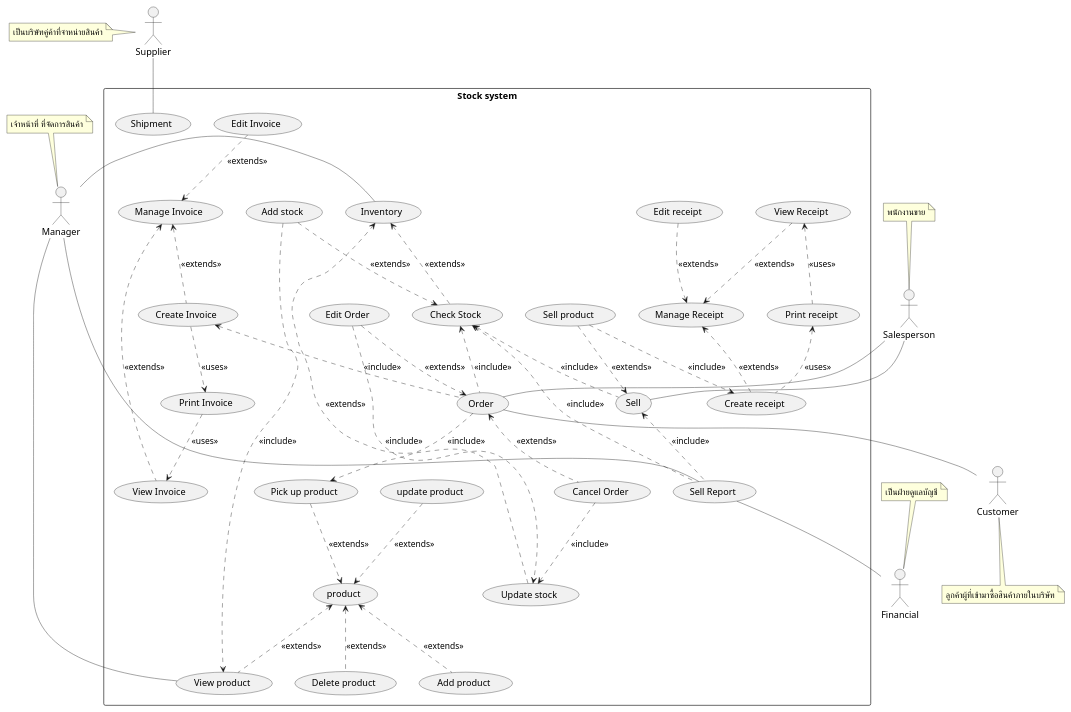
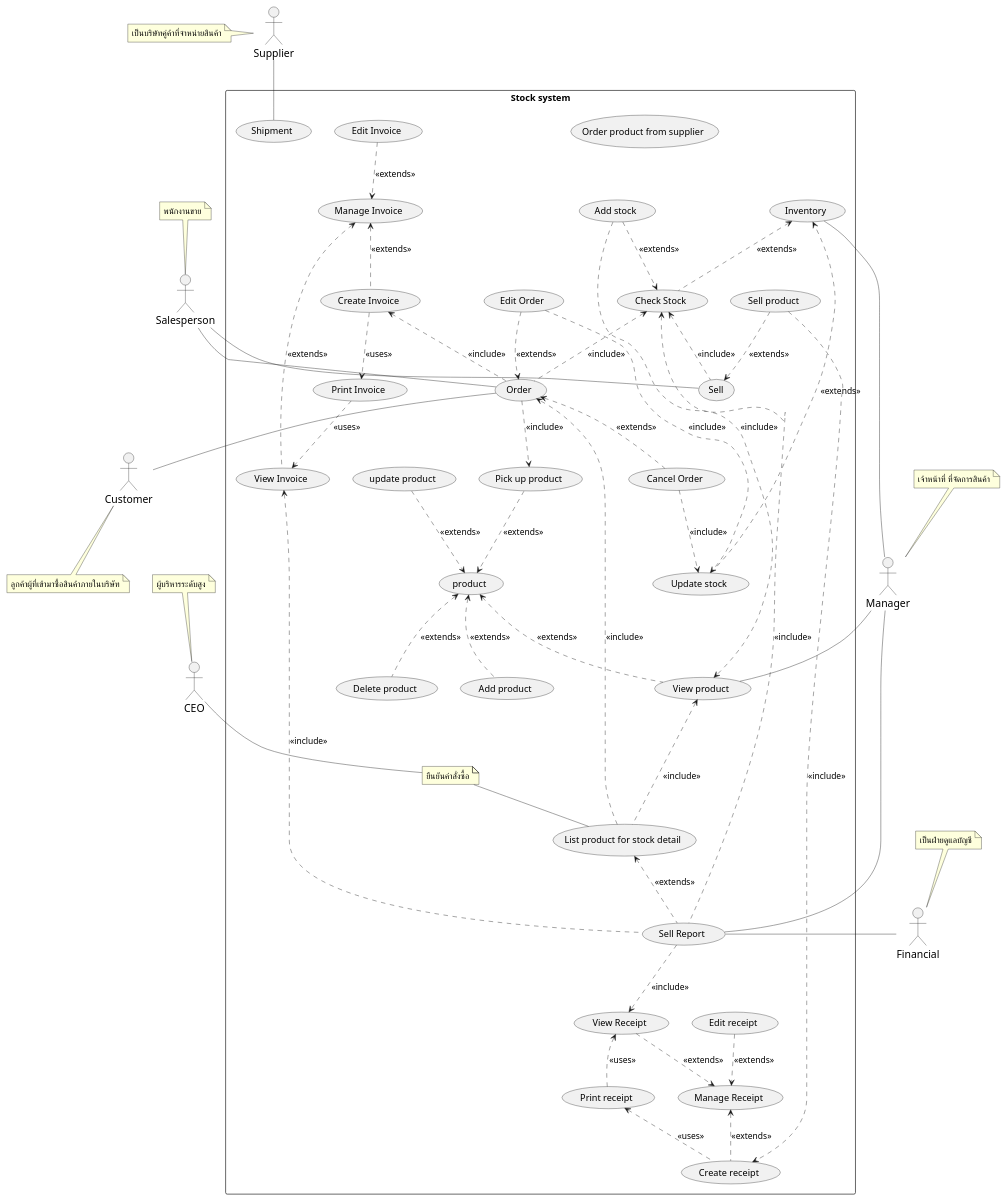
Before and after one commit to billowdev/inventory-system-plantuml-sequelize-seeder-example: the diagram in system-analysis/usecase-diagram.puml, drawn with PlantUML. The commit also changed 1 other file, not shown here.

Commit message:
product list for stocking usecase

```diff
--- a/system-analysis/usecase-diagram.puml
+++ b/system-analysis/usecase-diagram.puml
@@ -1,5 +1,24 @@
 @startuml
 'https://plantuml.com/sequence-diagram
+'!theme toy
+skinparam sequence {
+'ArrowColor DeepSkyBlue
+'ActorBorderColor DeepSkyBlue
+'LifeLineBorderColor blue
+'LifeLineBackgroundColor #A9DCDF
+
+'ParticipantBorderColor DeepSkyBlue
+'ParticipantBackgroundColor DodgerBlue
+ParticipantFontName Thai
+ParticipantFontSize 16
+'ParticipantFontColor #A9DCDF
+
+'ActorBackgroundColor black
+ActorFontColor black
+ActorFontSize 16
+ActorFontName Thai
+}
+
 
 'skinparam linetype polyline
 'skinparam linetype ortho
@@ -41,6 +60,9 @@
 actor Salesperson as actorSalesperson
 note top of actorSalesperson : พนักงานขาย
 
+actor CEO as actorCEO
+note top of actorCEO : ผู้บริหารระดับสูง
+
 
 ' =================== Stock System ===================
 rectangle "Stock system" as stockSystem {
@@ -50,6 +72,10 @@
     usecase (Sell) as (usecaseSell)
     '    note bottom of usecaseSell : กระบวนการขายสินค้า
 
+    ' ================ Reporting ================
+    '   การทำรายงาน
+    usecase (Sell Report) as (usecaseSellReport)
+    usecase (List product for stock detail) as (usecaseListProductForStock)
 
     '    การขายสินค้า
     usecase (Sell product) as (usecaseSellProduct)
@@ -70,12 +96,16 @@
     usecase (Edit Order) as (usecaseEditOrder)
     usecase (Cancel Order) as (usecaseDeleteOrder)
 
+    usecase (Order product from supplier) as (usecaseOrderProductFromSupplier)
+
     '    การลงรับสินค้า
 
-    ' ================ Reporting ================
-    '   การทำรายงาน
-    usecase (Sell Report) as (usecaseSellReport)
-
+    ' ================ Invoice ================
+    usecase (Manage Invoice) as (usecaseInvoice)
+    usecase (View Invoice) as (usecaseViewInvoice)
+    usecase (Create Invoice) as (usecaseCreateInvoice)
+    usecase (Edit Invoice) as (usecaseEditInvoice)
+    usecase (Print Invoice) as (usecasePrintInvoice)
 
     ' ================ Product ================
     '    การสั่งซื้อสินค้า
@@ -94,41 +124,17 @@
     usecase (Add stock) as (usecaseAddStock)
     usecase (Update stock) as (usecaseUpdateStock)
 
-    ' ================ Invoice ================
-    usecase (Manage Invoice) as (usecaseInvoice)
-    usecase (View Invoice) as (usecaseViewInvoice)
-    usecase (Create Invoice) as (usecaseCreateInvoice)
-    usecase (Edit Invoice) as (usecaseEditInvoice)
-    usecase (Print Invoice) as (usecasePrintInvoice)
-
     ' ================ Shipment ================
     usecase (Shipment) as (usecaseShipment)
 
 
+    '===========================================================
+    ' ===                  Associate Flow                    ===
+    '===========================================================
 
 
-    '    ===================== Associate Flow =====================
-
-    '    ================ actor - usecase Flow ================
-    '   ความสัมพันธ์ระหว่าง actor และ usecase ในส่วนของการขาย
-    actorSalesperson -- (usecaseSell)
-
-    ' ===  ความสัมพันธ์ระหว่าง actor และ usecase ในส่วนของการสั่งซื้อสินค้า ===
-    actorSalesperson -- (usecaseOrder)
-    (usecaseOrder) -- actorCustomer
-
-    ' ===  ความสัมพันธ์ระหว่าง actor และ usecase ในส่วนของการสออกรายงาน ===
-    actorManager --- (usecaseSellReport)
-    actorFinancial -up- (usecaseSellReport)
-
-    actorManager - (usecaseInventory)
-    actorManager -- (usecaseViewProduct)
-
-    actorSupplier -down- (usecaseShipment)
-
-    '================ usecase - usecase Flow ================
-
-
+   ' ================ Product ================
+       actorManager -- (usecaseViewProduct)
     (usecaseProduct) <.. (usecaseAddProduct)  : <<extends>>
     (usecaseUpdateProduct) ..> (usecaseProduct) : <<extends>>
     (usecaseProduct) <.. (usecaseDeleteProduct)  : <<extends>>
@@ -136,12 +142,14 @@
     (usecaseProduct) <.. (usecaseViewProduct) : <<extends>>
 
     ' ================ Stock ================
+     actorSupplier -down- (usecaseShipment)
+        (usecaseInventory) - actorManager
+
+
+
     (usecaseAddStock) ..> (usecaseCheckStock) : <<extends>>
-
     (usecaseAddStock) ..> (usecaseViewProduct) : <<include>>
-
     (usecaseUpdateStock) ..> (usecaseInventory) : <<extends>>
-
     (usecaseInventory) <.. (usecaseCheckStock) : <<extends>>
 
     ' ================ Sell ================
@@ -149,6 +157,9 @@
     (usecaseCheckStock) <.. (usecaseSell)    : <<include>>
 
     (usecaseSellProduct)  ..> (usecaseCreateReceipt) : <<include>>
+
+   '   ความสัมพันธ์ระหว่าง actor และ usecase ในส่วนของการขาย
+    actorSalesperson -- (usecaseSell)
 
 
     '   การลงรับสินค้า เป็นส่วนหนึ่งของกระบวนการสั่งซื้อสินค้า
@@ -160,12 +171,14 @@
     ' ================ Order ================
     (usecaseOrder) <.. (usecaseDeleteOrder) : <<extends>>
     (usecaseEditOrder) ..> (usecaseOrder) : <<extends>>
+    (usecaseEditOrder) ..> (usecaseUpdateStock) : <<include>>
+    (usecaseDeleteOrder) ..> (usecaseUpdateStock) : <<include>>
+    (usecaseCreateInvoice) <.. (usecaseOrder) : <<include>>
 
-    (usecaseEditOrder) ..> (usecaseUpdateStock) : <<include>>
+    ' ===  ความสัมพันธ์ระหว่าง actor และ usecase ในส่วนของการสั่งซื้อสินค้า ===
+    actorSalesperson -- (usecaseOrder)
+    (usecaseOrder) -- actorCustomer
 
-    (usecaseDeleteOrder) ..> (usecaseUpdateStock) : <<include>>
-
-    (usecaseCreateInvoice) <.. (usecaseOrder) : <<include>>
 
     ' ================ Invoice ================
     (usecaseInvoice) <.. (usecaseViewInvoice) : <<extends>>
@@ -183,11 +196,28 @@
     (usecaseCreateReceipt) .up.> (usecasePrintReceipt) : <<uses>>
     (usecaseViewReceipt)  <..   (usecasePrintReceipt): <<uses>>
 
+
+    ' ===  ความสัมพันธ์ระหว่าง actor และ usecase ในส่วนของการสออกรายงาน ===
+    actorManager -- (usecaseSellReport)
+    actorFinancial -right- (usecaseSellReport)
+
+
     ' ================ Reporting ================
     '   การทำรายงาน
 
-    (usecaseSell) <..  (usecaseSellReport)   : <<include>>
-    (usecaseCheckStock) <..  (usecaseSellReport)   : <<include>>
+    (usecaseViewInvoice) <..  (usecaseSellReport)   : <<include>>
+    (usecaseSellReport) ..> (usecaseViewReceipt)    : <<include>>
+    (usecaseCheckStock)  <.. (usecaseSellReport)  : <<include>>
+    (usecaseListProductForStock) <..  (usecaseSellReport)   : <<extends>>
+
+    (usecaseViewProduct) <... (usecaseListProductForStock) : <<include>>
+
+    (usecaseListProductForStock) ..>  (usecaseOrder)   : <<include>>
+'    actorCEO -- (usecaseListProductForStock)
+
+    note "ยืนยันคำสั่งซื้อ" as ListOrderForStock
+    actorCEO -- ListOrderForStock
+    ListOrderForStock -- (usecaseListProductForStock)
 
     ' ================ Shipment ================
 
```
